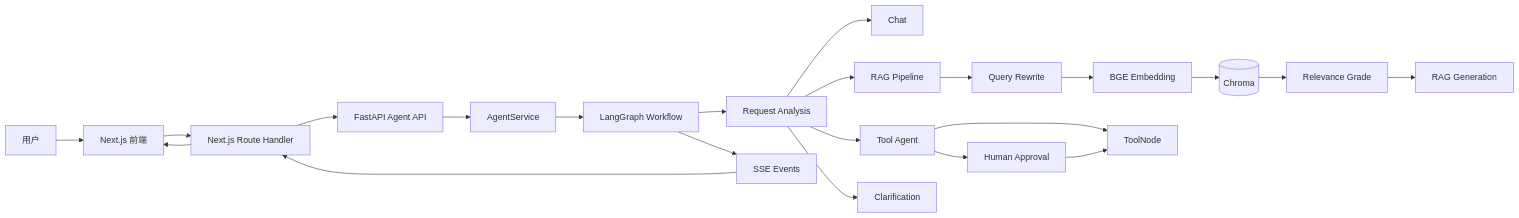
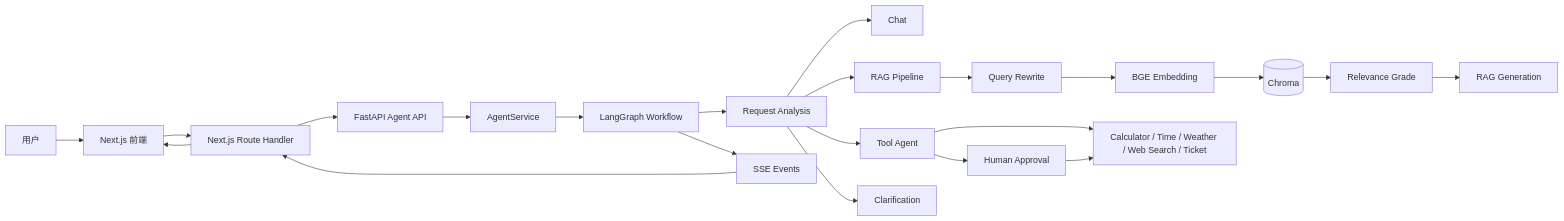
The second of 3 diagrams in README.md (claercc/agent-weave), drawn with Mermaid before and after one commit. The commit also changed other lines of this file, not shown here.

````diff
--- a/README.md
+++ b/README.md
@@ -172,29 +176,29 @@
 ```mermaid
 flowchart LR
     User[用户] --> UI[Next.js 前端]
 
     UI --> Proxy[Next.js Route Handler]
     Proxy --> API[FastAPI Agent API]
     API --> Service[AgentService]
     Service --> Graph[LangGraph Workflow]
 
     Graph --> Router[Request Analysis]
     Router --> Chat[Chat]
     Router --> RAG[RAG Pipeline]
     Router --> Agent[Tool Agent]
     Router --> Clarify[Clarification]
 
     RAG --> Rewrite[Query Rewrite]
     Rewrite --> Embed[BGE Embedding]
     Embed --> Chroma[(Chroma)]
     Chroma --> Grade[Relevance Grade]
     Grade --> Generate[RAG Generation]
 
-    Agent --> Tools[ToolNode]
+    Agent --> Tools[Calculator / Time / Weather / Web Search / Ticket]
     Agent --> Approval[Human Approval]
     Approval --> Tools
 
     Graph --> SSE[SSE Events]
     SSE --> Proxy
     Proxy --> UI
 ```
````
